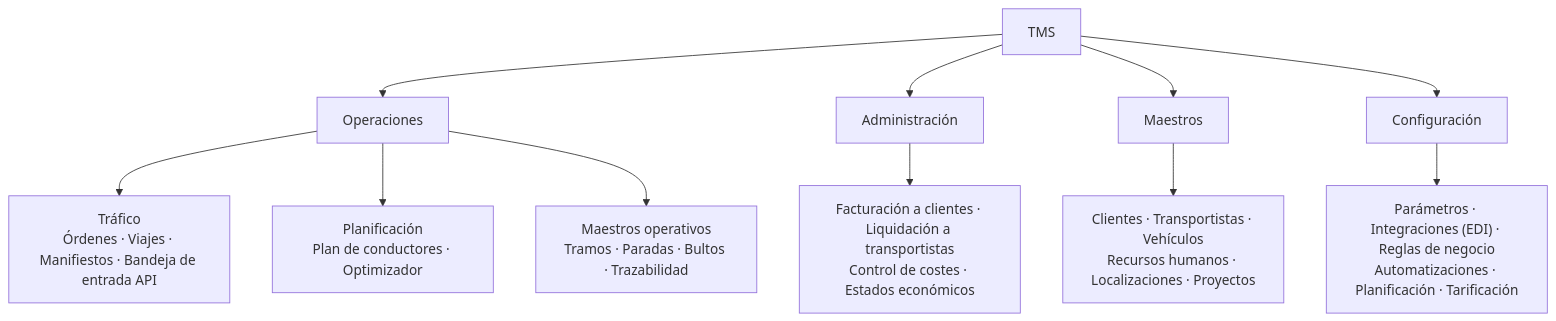
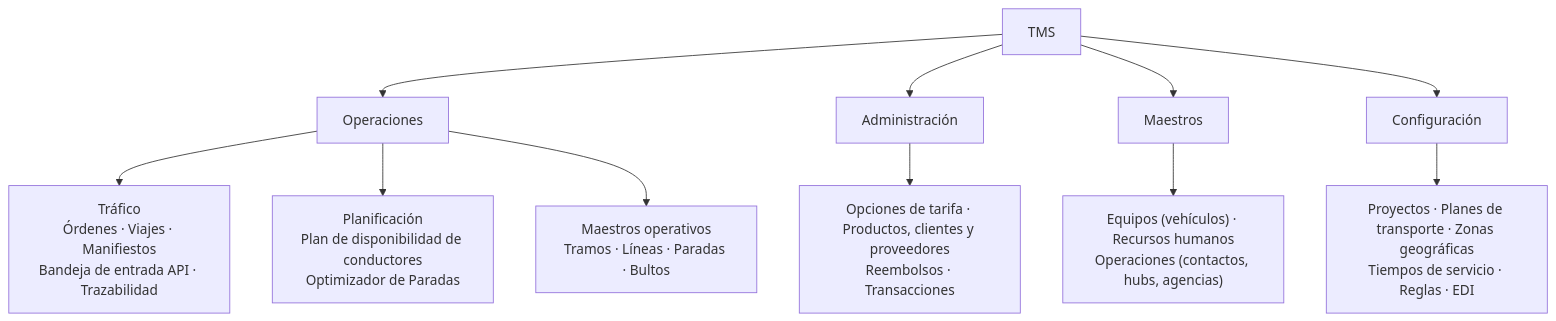
Before and after one commit to pacoborrego/guraify-tms-docs: the diagram in source/17.0/3_functional-architecture/3_1_functional-organization.rst, drawn with Mermaid. The commit also changed other lines of this file and 15 other files, not shown here.

```diff
--- a/source/17.0/3_functional-architecture/3_1_functional-organization.rst
+++ b/source/17.0/3_functional-architecture/3_1_functional-organization.rst
@@ -24,13 +14,13 @@
 .. mermaid::
 
    flowchart TB
        TMS["TMS"] --> OP["Operaciones"]
        TMS --> ADM["Administración"]
        TMS --> MAE["Maestros"]
        TMS --> CFG["Configuración"]
-       OP --> TRA["Tráfico<br/>Órdenes · Viajes · Manifiestos · Bandeja de entrada API"]
-       OP --> PLA["Planificación<br/>Plan de conductores · Optimizador"]
-       OP --> MOP["Maestros operativos<br/>Tramos · Paradas · Bultos · Trazabilidad"]
-       ADM --> ADM1["Facturación a clientes · Liquidación a transportistas<br/>Control de costes · Estados económicos"]
-       MAE --> MAE1["Clientes · Transportistas · Vehículos<br/>Recursos humanos · Localizaciones · Proyectos"]
-       CFG --> CFG1["Parámetros · Integraciones (EDI) · Reglas de negocio<br/>Automatizaciones · Planificación · Tarificación"]
+       OP --> TRA["Tráfico<br/>Órdenes · Viajes · Manifiestos<br/>Bandeja de entrada API · Trazabilidad"]
+       OP --> PLA["Planificación<br/>Plan de disponibilidad de conductores<br/>Optimizador de Paradas"]
+       OP --> MOP["Maestros operativos<br/>Tramos · Líneas · Paradas · Bultos"]
+       ADM --> ADM1["Opciones de tarifa · Productos, clientes y proveedores<br/>Reembolsos · Transacciones"]
+       MAE --> MAE1["Equipos (vehículos) · Recursos humanos<br/>Operaciones (contactos, hubs, agencias)"]
+       CFG --> CFG1["Proyectos · Planes de transporte · Zonas geográficas<br/>Tiempos de servicio · Reglas · EDI"]
```
